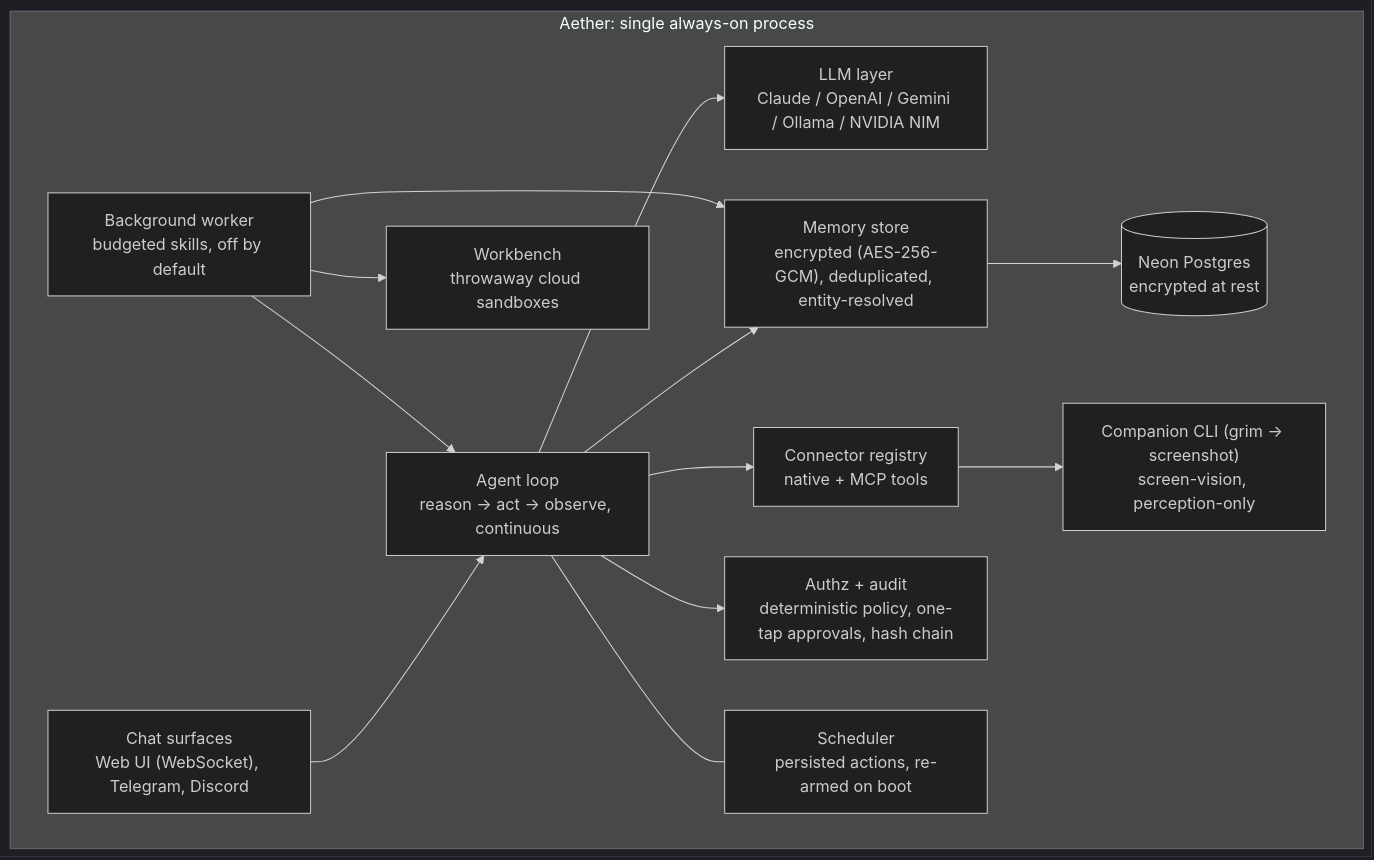
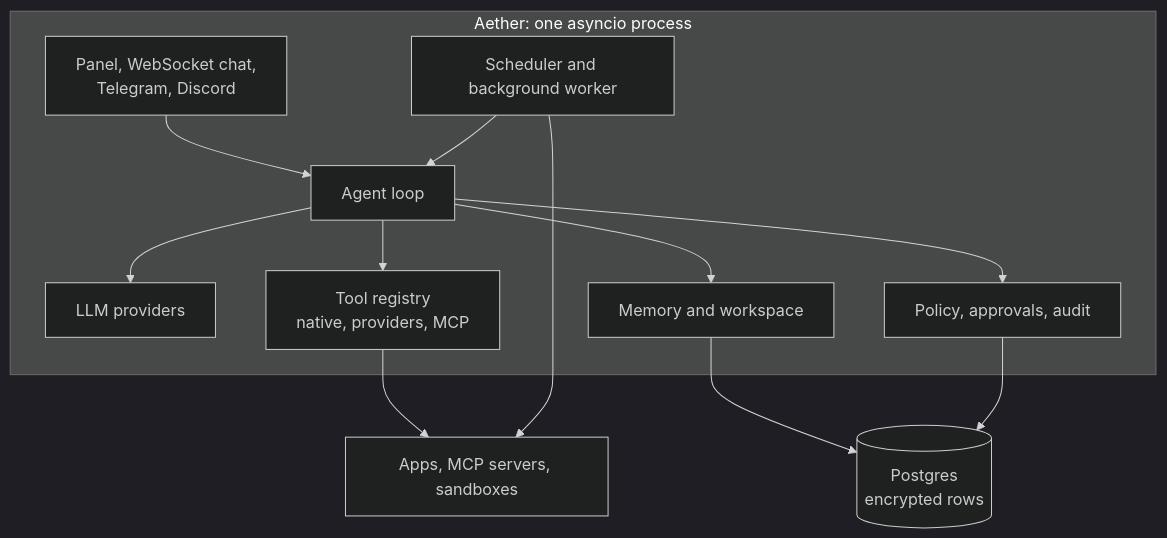
The second of 2 diagrams in README.md (Vedant-Git-dev/Aether), drawn with Mermaid (dark theme) before and after one commit. The commit also changed other lines of this file and 32 other files, not shown here.

````diff
--- a/README.md
+++ b/README.md
@@ -220,28 +317,26 @@
 ```mermaid
 flowchart TB
-    subgraph AE["Aether: single always-on process"]
-        Chat["Chat surfaces<br/>Web UI (WebSocket), Telegram, Discord"]
-        Loop["Agent loop<br/>reason → act → observe, continuous"]
-        LLM["LLM layer<br/>Claude / OpenAI / Gemini / Ollama / NVIDIA NIM"]
-        Conn["Connector registry<br/>native + MCP tools"]
-        Mem["Memory store<br/>encrypted (AES-256-GCM), deduplicated, entity-resolved"]
-        Authz["Authz + audit<br/>deterministic policy, one-tap approvals, hash chain"]
-        Sched["Scheduler<br/>persisted actions, re-armed on boot"]
-        Worker["Background worker<br/>budgeted skills, off by default"]
-        Bench["Workbench<br/>throwaway cloud sandboxes"]
+    subgraph A["Aether: one asyncio process"]
+        UI["Panel, WebSocket chat,<br/>Telegram, Discord"]
+        Loop["Agent loop"]
+        LLM["LLM providers"]
+        Tools["Tool registry<br/>native, providers, MCP"]
+        Gate["Policy, approvals, audit"]
+        Memory["Memory and workspace"]
+        Worker["Scheduler and background worker"]
+    end
 
-        Chat --> Loop
-        Loop --> LLM
-        Loop --> Conn
-        Loop --> Mem
-        Loop --> Authz
-        Loop --- Sched
-        Worker --> Loop
-        Worker --> Mem
-        Worker --> Bench
-    
+    DB[("Postgres<br/>encrypted rows")]
+    Out["Apps, MCP servers, sandboxes"]
 
-    Mem --> DB[("Neon Postgres<br/>encrypted at rest")]
-    Conn --> CLI["Companion CLI (grim → screenshot)<br/>screen-vision, perception-only"]
-    end
+    UI --> Loop
+    Loop --> LLM
+    Loop --> Tools
+    Loop --> Gate
+    Loop --> Memory
+    Worker --> Loop
+    Memory --> DB
+    Gate --> DB
+    Tools --> Out
+    Worker --> Out
 ```
````
